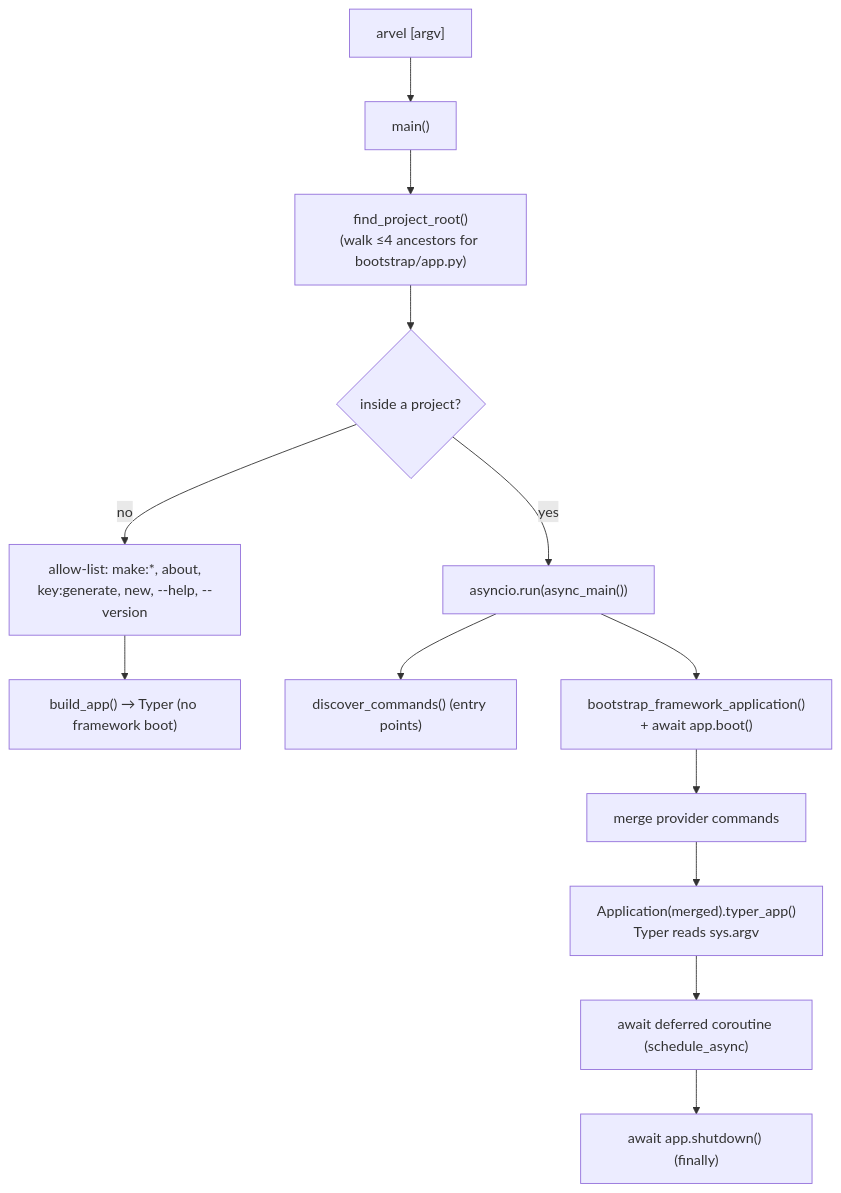
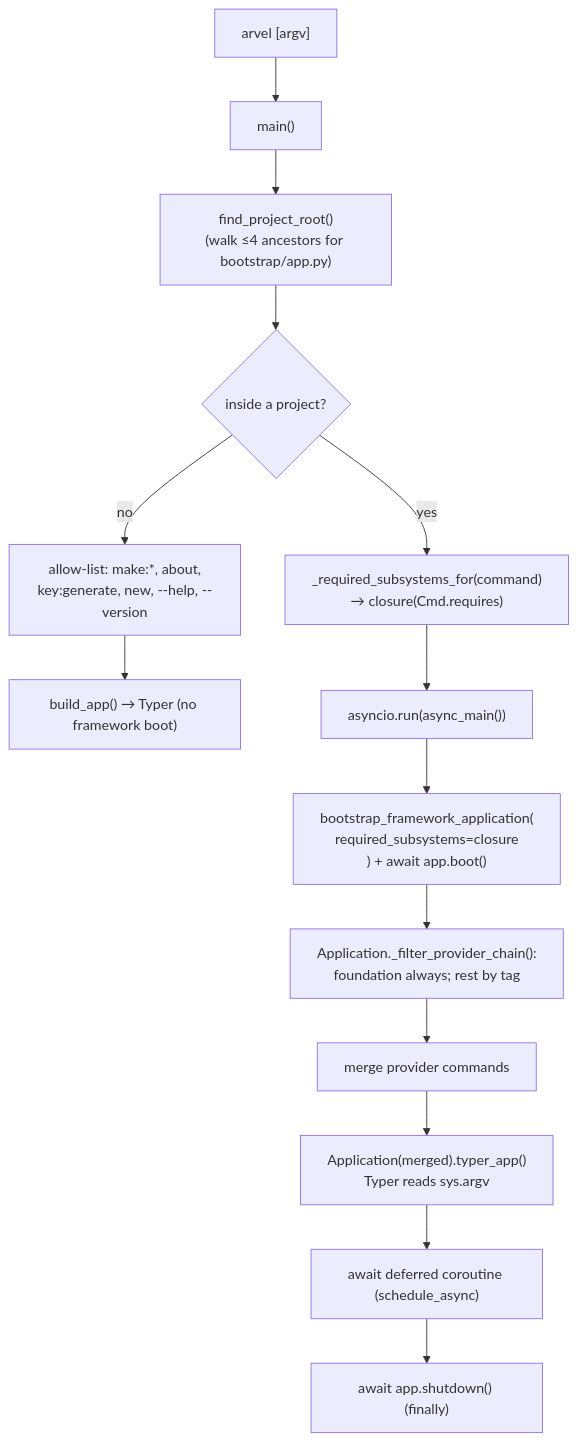
Before and after one commit to mohamed-rekiba/arvel: the diagram in docs/console/cli-architecture.md, drawn with Mermaid. The commit also changed other lines of this file and 67 other files, not shown here.

````diff
--- a/docs/console/cli-architecture.md
+++ b/docs/console/cli-architecture.md
@@ -11,15 +11,16 @@
 ```mermaid
 flowchart TD
     CLI["arvel [argv]"] --> Main["main()"]
     Main --> Root["find_project_root()<br/>(walk ≤4 ancestors for bootstrap/app.py)"]
     Root --> In{"inside a project?"}
     In -->|no| Gate["allow-list: make:*, about,<br/>key:generate, new, --help, --version"]
     Gate --> Build["build_app() → Typer (no framework boot)"]
-    In -->|yes| Async["asyncio.run(async_main())"]
-    Async --> Disc["discover_commands() (entry points)"]
-    Async --> Boot["bootstrap_framework_application()<br/>+ await app.boot()"]
-    Boot --> Merge["merge provider commands"]
+    In -->|yes| Plan["_required_subsystems_for(command)<br/>→ closure(Cmd.requires)"]
+    Plan --> Async["asyncio.run(async_main())"]
+    Async --> Boot["bootstrap_framework_application(<br/>required_subsystems=closure<br/>) + await app.boot()"]
+    Boot --> Filter["Application._filter_provider_chain():<br/>foundation always; rest by tag"]
+    Filter --> Merge["merge provider commands"]
     Merge --> Disp["Application(merged).typer_app()<br/>Typer reads sys.argv"]
     Disp --> Pending["await deferred coroutine (schedule_async)"]
     Pending --> Shut["await app.shutdown() (finally)"]
 ```
````
